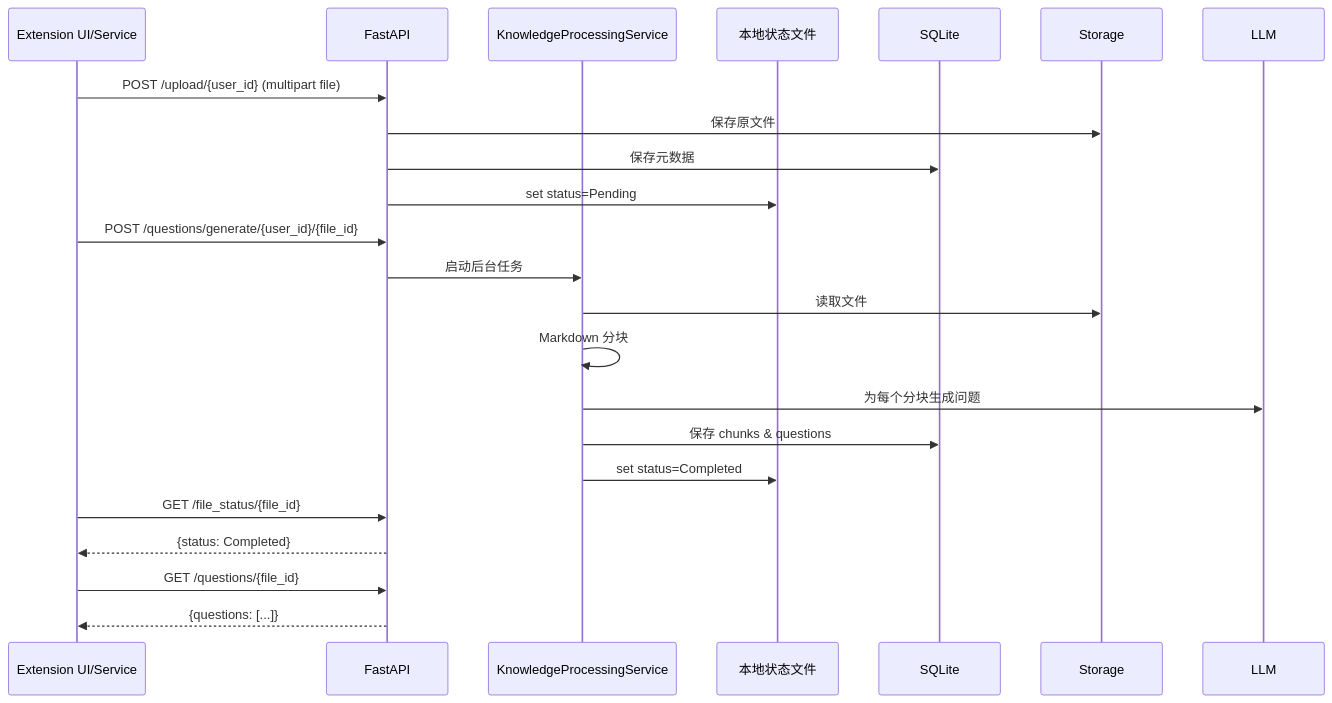
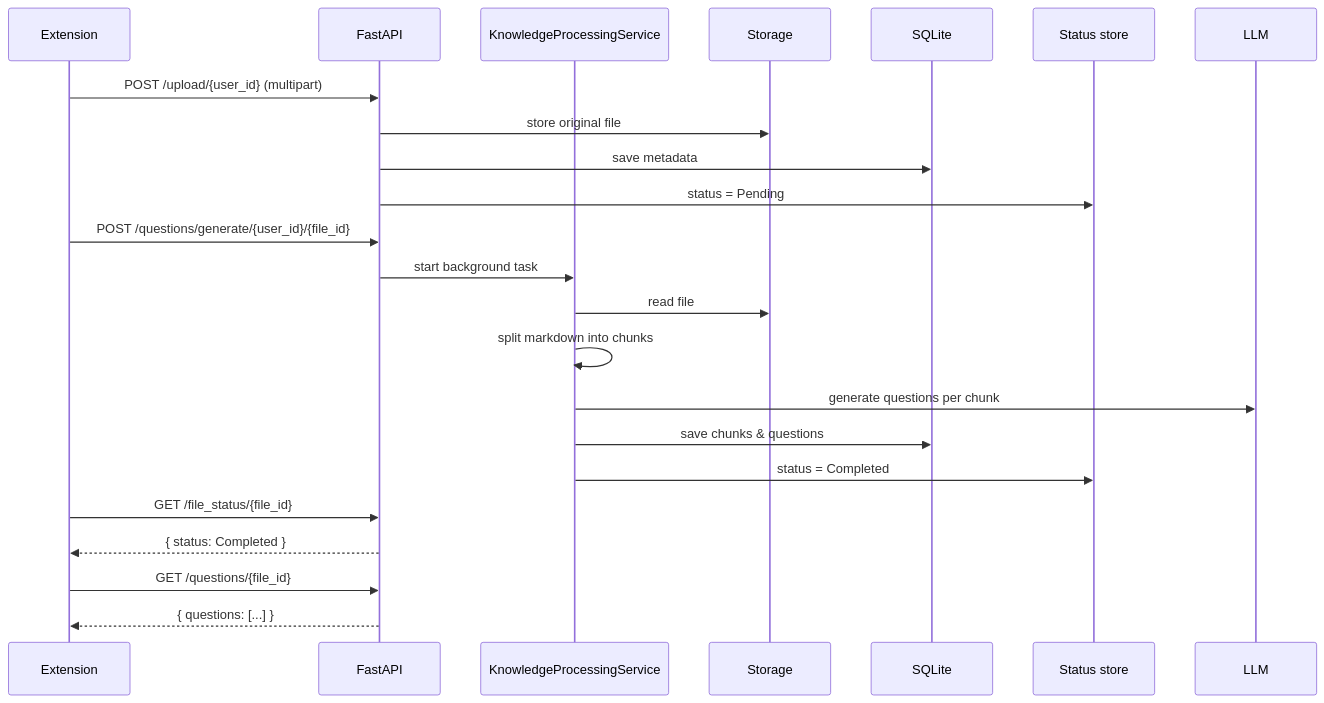
The second of 2 diagrams in README.md (jiabai/InsightFlow), drawn with Mermaid before and after one commit. The commit also changed other lines of this file and 4 other files, not shown here.

````diff
--- a/README.md
+++ b/README.md
@@ -229,26 +89,26 @@
 ```mermaid
 sequenceDiagram
-  participant FE as Extension UI/Service
-  participant API as FastAPI
-  participant KPS as KnowledgeProcessingService
-  participant R as 本地状态文件
-  participant DB as SQLite
-  participant ST as Storage
-  participant LLM as LLM
+    participant FE as Extension
+    participant API as FastAPI
+    participant KPS as KnowledgeProcessingService
+    participant ST as Storage
+    participant DB as SQLite
+    participant R as Status store
+    participant LLM as LLM
 
-  FE->>API: POST /upload/{user_id} (multipart file)
-  API->>ST: 保存原文件
-  API->>DB: 保存元数据
-  API->>R: set status=Pending
-  FE->>API: POST /questions/generate/{user_id}/{file_id}
-  API->>KPS: 启动后台任务
-  KPS->>ST: 读取文件
-  KPS->>KPS: Markdown 分块
-  KPS->>LLM: 为每个分块生成问题
-  KPS->>DB: 保存 chunks & questions
-  KPS->>R: set status=Completed
-  FE->>API: GET /file_status/{file_id}
-  API-->>FE: {status: Completed}
-  FE->>API: GET /questions/{file_id}
-  API-->>FE: {questions: [...]}
+    FE->>API: POST /upload/{user_id} (multipart)
+    API->>ST: store original file
+    API->>DB: save metadata
+    API->>R: status = Pending
+    FE->>API: POST /questions/generate/{user_id}/{file_id}
+    API->>KPS: start background task
+    KPS->>ST: read file
+    KPS->>KPS: split markdown into chunks
+    KPS->>LLM: generate questions per chunk
+    KPS->>DB: save chunks & questions
+    KPS->>R: status = Completed
+    FE->>API: GET /file_status/{file_id}
+    API-->>FE: { status: Completed }
+    FE->>API: GET /questions/{file_id}
+    API-->>FE: { questions: [...] }
 ```
````
